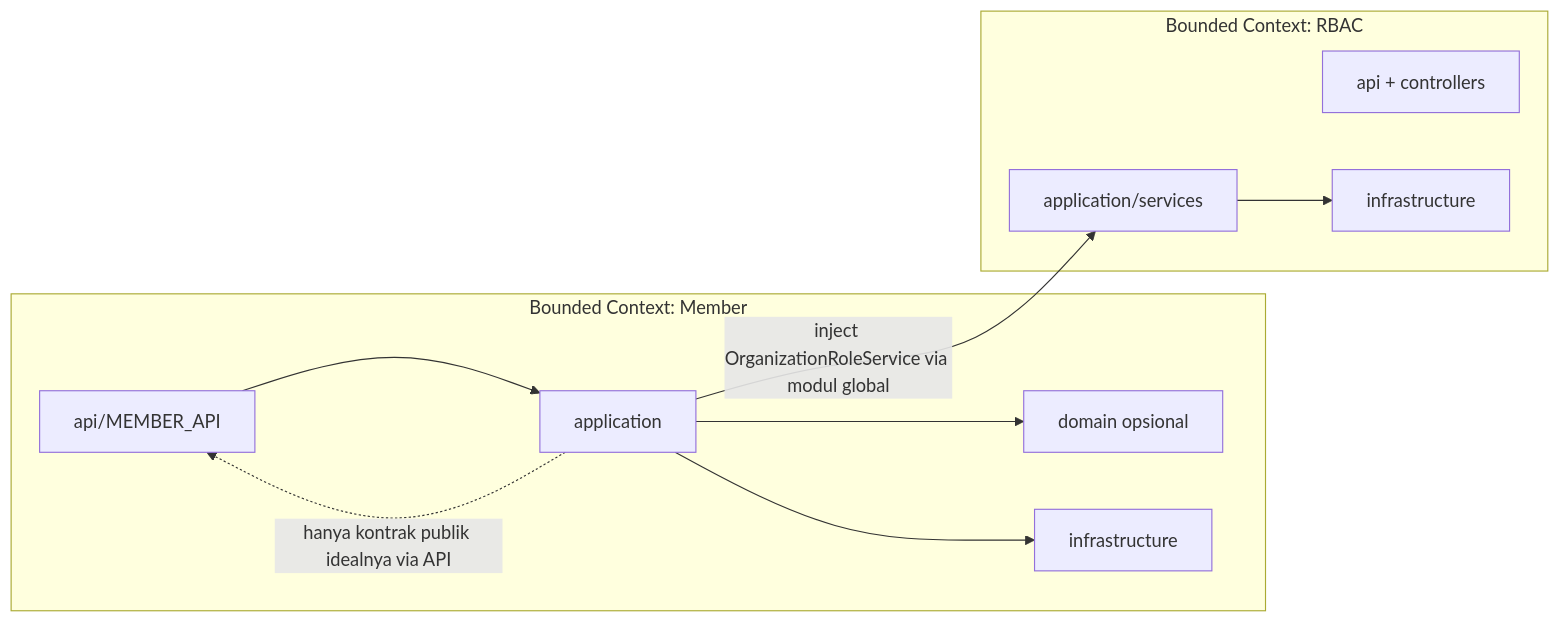
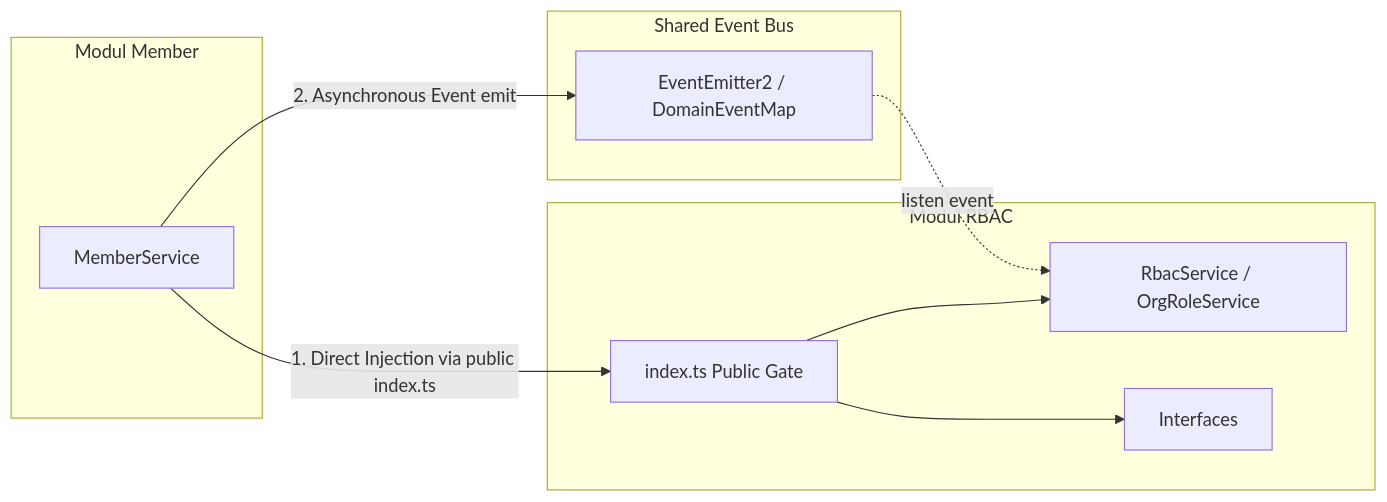
The second of 3 diagrams in docs/architecture.md (amirmufiddev/nestjs-modular-monolith-better-auth-boilerplate), drawn with Mermaid before and after one commit. The commit also changed other lines of this file and 10 other files, not shown here.

Commit message:
docs: update architecture guidelines and rules for modular solid boilerplate

````diff
--- a/docs/architecture.md
+++ b/docs/architecture.md
@@ -124,22 +140,22 @@
 ```mermaid
 flowchart LR
-  subgraph bc_member [Bounded Context: Member]
-    M_API[api/MEMBER_API]
-    M_APP[application]
-    M_DOM[domain opsional]
-    M_INF[infrastructure]
-    M_API --> M_APP
-    M_APP --> M_DOM
-    M_APP --> M_INF
+  subgraph Modul_A [Modul Member]
+    A_SRV[MemberService]
   end
 
-  subgraph bc_rbac [Bounded Context: RBAC]
-    R_API[api + controllers]
-    R_APP[application/services]
-    R_INF[infrastructure]
-    R_APP --> R_INF
+  subgraph Modul_B [Modul RBAC]
+    B_GATE[index.ts Public Gate]
+    B_SRV[RbacService / OrgRoleService]
+    B_INTF[Interfaces]
   end
 
-  M_APP -->|inject OrganizationRoleService via modul global| R_APP
-  M_APP -.->|hanya kontrak publik idealnya via API| M_API
+  subgraph Event_Bus [Shared Event Bus]
+    BUS[EventEmitter2 / DomainEventMap]
+  end
+
+  A_SRV -->|1. Direct Injection via public index.ts| B_GATE
+  B_GATE --> B_SRV
+  B_GATE --> B_INTF
+  A_SRV -->|2. Asynchronous Event emit| BUS
+  BUS -.->|listen event| B_SRV
 ```
````
